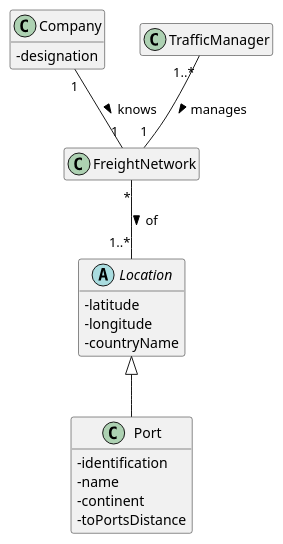
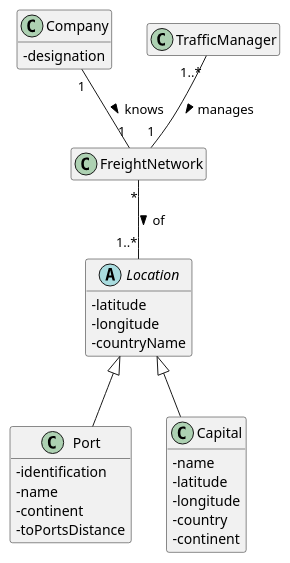
Before and after one commit to ana-albergaria/LAPR3-ISEP: the diagram in docs/Sprint 4/US403/US403_DM.puml, drawn with PlantUML. The commit also changed 3 other files, not shown here.

```diff
--- a/docs/Sprint 4/US403/US403_DM.puml
+++ b/docs/Sprint 4/US403/US403_DM.puml
@@ -1,40 +1,50 @@
 @startuml
 'https://plantuml.com/class-diagram
 
 skinparam classAttributeIconSize 0
 hide empty methods
 hide empty attributes
 
 class Company {
     -designation
 }
 
 class FreightNetwork {}
 
 abstract class Location{
     -latitude
     -longitude
     -countryName
 }
 
 class Port {
     -identification
     -name
     -continent
     -toPortsDistance
 }
 
+class Capital{
+    -name
+    -latitude
+    -longitude
+    -country
+    -continent
+}
+
+
 
 
 class TrafficManager {}
 
 
 
 /'Multiplicidade'/
 Company "1" -- "1" FreightNetwork : knows >
 Location <|-- Port
 FreightNetwork "*" -- "1..*" Location : of >
 /'Dúvidas'/
 TrafficManager "1..*" -- "1" FreightNetwork : manages >
+Location <|-- Capital
 
 @enduml
```
